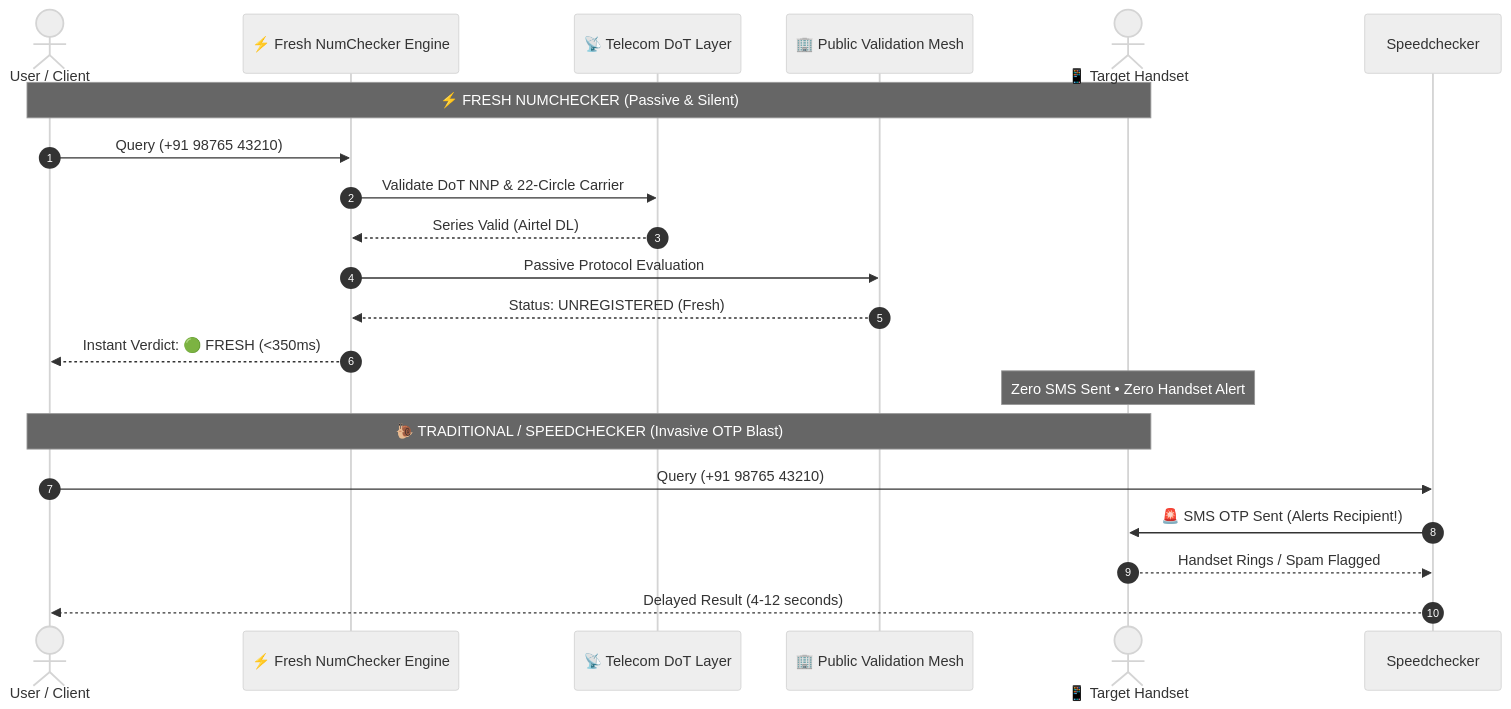
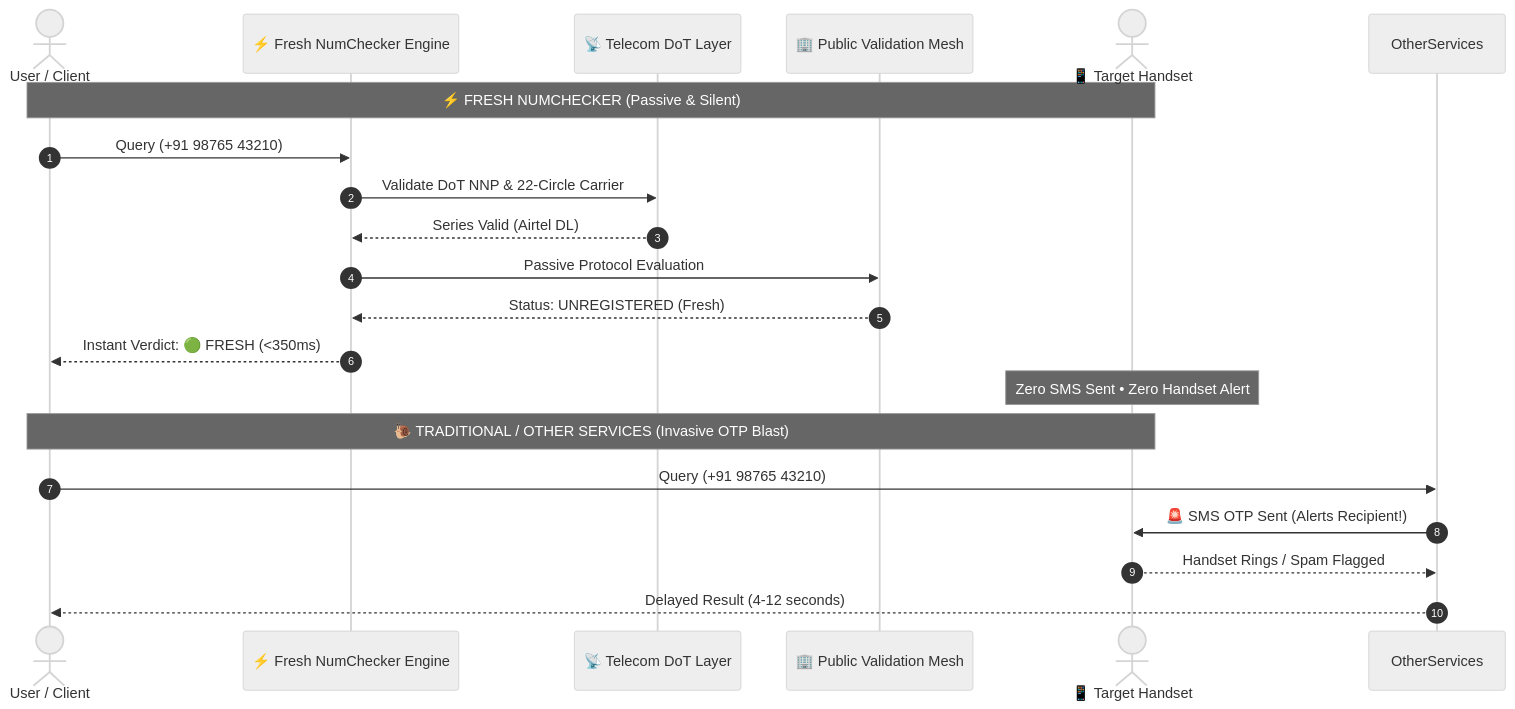
One commit to punit-20/FreshNumberChecker changed the diagram in README.md. Above: the diagram before and after it, drawn with Mermaid (neutral theme). The commit also changed other lines of this file and 1 other file, not shown here.

Commit message:
refactor(docs): anonymize competitor references to generic other services

````diff
--- a/README.md
+++ b/README.md
@@ -70,24 +70,24 @@
 ```mermaid
 sequenceDiagram
     autonumber
     actor User as User / Client
     participant FNC as ⚡ Fresh NumChecker Engine
     participant Tel as 📡 Telecom DoT Layer
     participant Acc as 🏢 Public Validation Mesh
     actor Recipient as 📱 Target Handset
 
     Note over User,Recipient: ⚡ FRESH NUMCHECKER (Passive & Silent)
     User->>FNC: Query (+91 98765 43210)
     FNC->>Tel: Validate DoT NNP & 22-Circle Carrier
     Tel-->>FNC: Series Valid (Airtel DL)
     FNC->>Acc: Passive Protocol Evaluation
     Acc-->>FNC: Status: UNREGISTERED (Fresh)
     FNC-->>User: Instant Verdict: 🟢 FRESH (<350ms)
     Note over Recipient: Zero SMS Sent • Zero Handset Alert
 
-    Note over User,Recipient: 🐌 TRADITIONAL / SPEEDCHECKER (Invasive OTP Blast)
-    User->>Speedchecker: Query (+91 98765 43210)
-    Speedchecker->>Recipient: 🚨 SMS OTP Sent (Alerts Recipient!)
-    Recipient-->>Speedchecker: Handset Rings / Spam Flagged
-    Speedchecker-->>User: Delayed Result (4-12 seconds)
+    Note over User,Recipient: 🐌 TRADITIONAL / OTHER SERVICES (Invasive OTP Blast)
+    User->>OtherServices: Query (+91 98765 43210)
+    OtherServices->>Recipient: 🚨 SMS OTP Sent (Alerts Recipient!)
+    Recipient-->>OtherServices: Handset Rings / Spam Flagged
+    OtherServices-->>User: Delayed Result (4-12 seconds)
 ```
````
